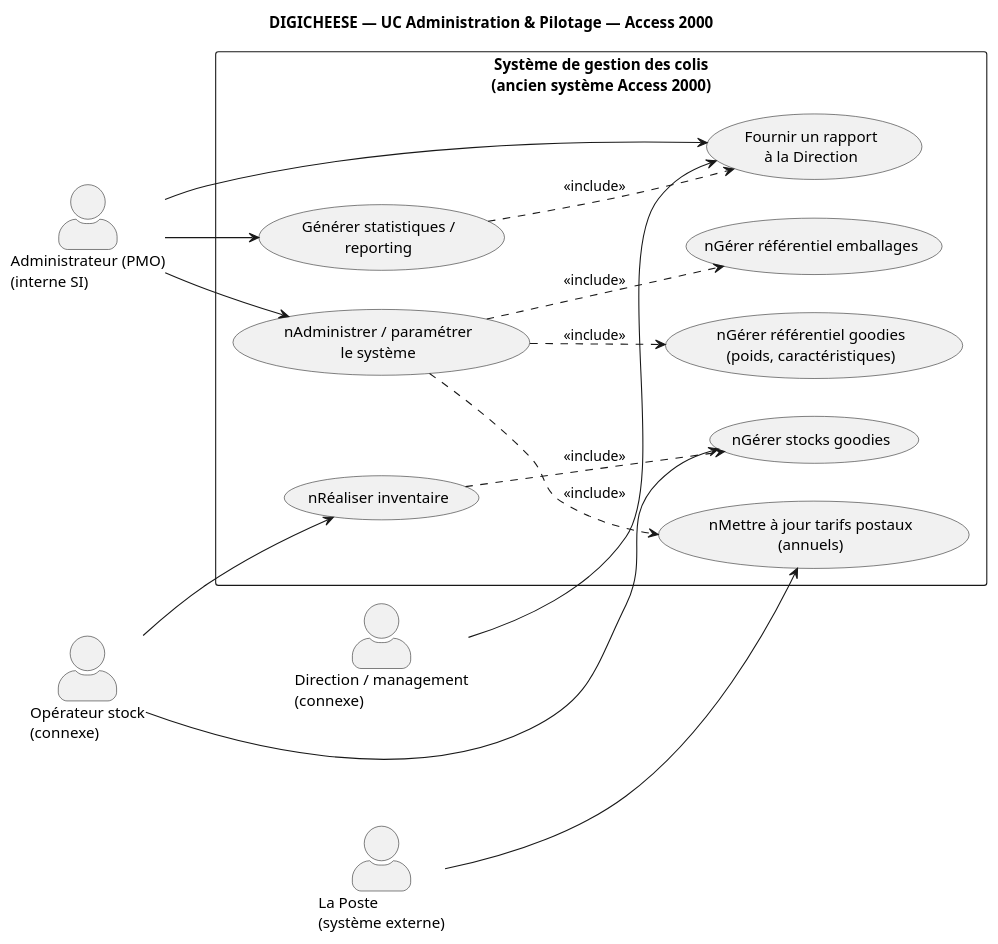
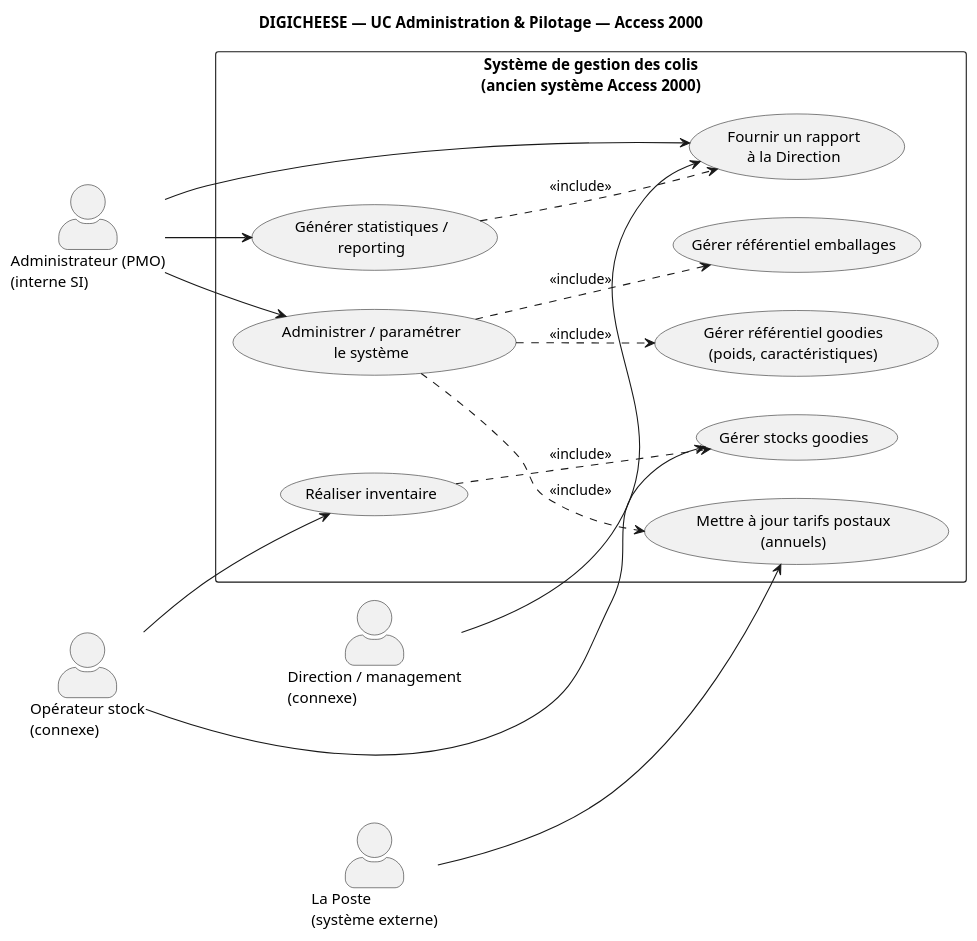
Before and after one commit to xavier-deguercy/TP_digicheese: the diagram in UML/003  DIGICHEESE — pseudocode — UC Administration & Pilotage.md, drawn with PlantUML. The commit also changed 11 other files, not shown here.

Commit message:
dossier uml pour digicheese

```diff
--- a/UML/003  DIGICHEESE — pseudocode — UC Administration & Pilotage.md
+++ b/UML/003  DIGICHEESE — pseudocode — UC Administration & Pilotage.md
@@ -1,64 +1,63 @@
 @startuml
 left to right direction
 skinparam actorStyle awesome
 skinparam shadowing false
 skinparam wrapWidth 220
 title DIGICHEESE — UC Administration & Pilotage — Access 2000
 
 '========================
 ' Acteurs
 '========================
 actor "Administrateur (PMO)\n(interne SI)" as A_Admin
 actor "Opérateur stock\n(connexe)" as A_Stock
 actor "La Poste\n(système externe)" as A_Poste
 actor "Direction / management\n(connexe)" as A_Direction
 
 '========================
 ' Système : Administration & Pilotage
 '========================
 rectangle "Système de gestion des colis\n(ancien système Access 2000)" {
 
-  usecase "nAdministrer / paramétrer\nle système" as UC11_Admin
+  usecase "Administrer / paramétrer\nle système" as UC11_Admin
 
-  usecase "nGérer référentiel emballages" as UC12_Emb
-  usecase "nGérer référentiel goodies\n(poids, caractéristiques)" as UC13_Goodies
-  usecase "nMettre à jour tarifs postaux\n(annuels)" as UC14_Tarifs
+  usecase "Gérer référentiel emballages" as UC12_Emb
+  usecase "Gérer référentiel goodies\n(poids, caractéristiques)" as UC13_Goodies
+  usecase "Mettre à jour tarifs postaux\n(annuels)" as UC14_Tarifs
 
-  usecase "nGérer stocks goodies" as UC15_Stocks
-  usecase "nRéaliser inventaire" as UC16_Inventaire
-
+  usecase "Gérer stocks goodies" as UC15_Stocks
+  usecase "Réaliser inventaire" as UC16_Inventaire
   usecase "Générer statistiques /\nreporting" as UC17_Reporting
   usecase "Fournir un rapport\nà la Direction" as UC18_Fournir
 }
 
 '========================
 ' Associations acteurs -> UC
 '========================
 A_Admin --> UC11_Admin
 A_Admin --> UC17_Reporting
 A_Admin --> UC18_Fournir
 
 A_Stock --> UC15_Stocks
 A_Stock --> UC16_Inventaire
 
 A_Poste --> UC14_Tarifs
 
 ' La Direction ne manipule pas le SI : elle reçoit le rapport via l'Admin/PMO
 A_Direction --> UC18_Fournir
 
 '========================
 ' Liens include / extend (structurants, peu nombreux)
 '========================
 
 ' Le paramétrage inclut la mise à jour des référentiels
 UC11_Admin ..> UC12_Emb : <<include>>
 UC11_Admin ..> UC13_Goodies : <<include>>
 UC11_Admin ..> UC14_Tarifs : <<include>>
 
 ' L'inventaire est un cas particulier/une activité qui s'appuie sur la gestion de stock
 UC16_Inventaire ..> UC15_Stocks : <<include>>
 
 ' Produire un reporting inclut la fourniture d'un rapport exploitable pour la Direction
 UC17_Reporting ..> UC18_Fournir : <<include>>
 
 @enduml
```
